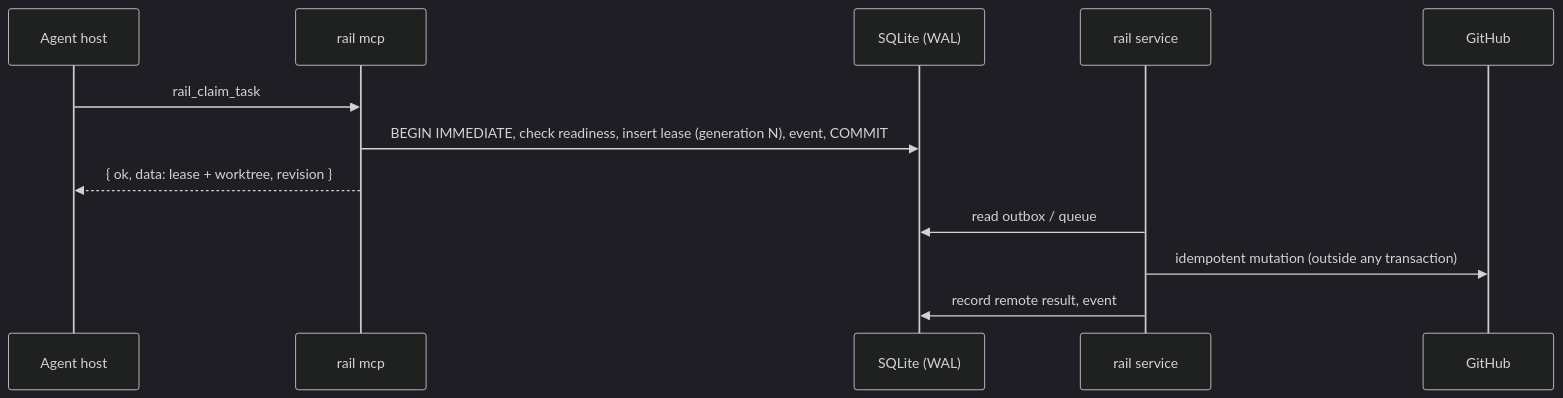
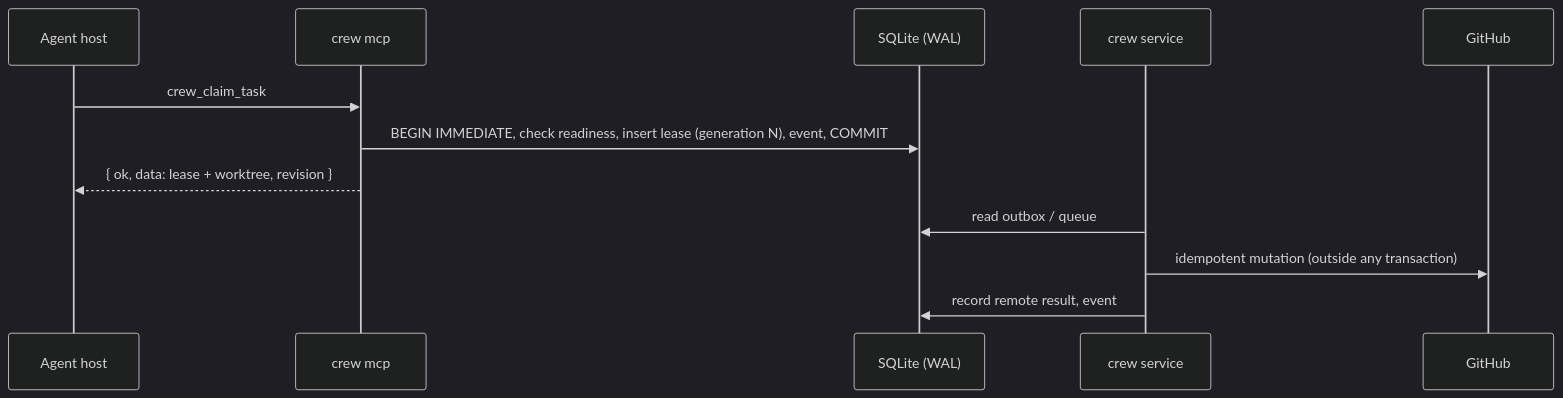
One commit to orafaelfragoso/crewyard changed the third of 4 diagrams in docs/architecture/overview.md. Above: the diagram before and after it, drawn with Mermaid (dark theme). The commit also changed other lines of this file and 281 other files, not shown here.

First line of the commit message:
Rename Agent Rail to Crewyard and the CLI to crew

````diff
--- a/docs/architecture/overview.md
+++ b/docs/architecture/overview.md
@@ -79,14 +79,14 @@
 ```mermaid
 sequenceDiagram
   participant Host as Agent host
-  participant MCP as rail mcp
+  participant MCP as crew mcp
   participant DB as SQLite (WAL)
-  participant Svc as rail service
+  participant Svc as crew service
   participant GH as GitHub
-  Host->>MCP: rail_claim_task
+  Host->>MCP: crew_claim_task
   MCP->>DB: BEGIN IMMEDIATE, check readiness, insert lease (generation N), event, COMMIT
   MCP-->>Host: { ok, data: lease + worktree, revision }
   Svc->>DB: read outbox / queue
   Svc->>GH: idempotent mutation (outside any transaction)
   Svc->>DB: record remote result, event
 ```
````
